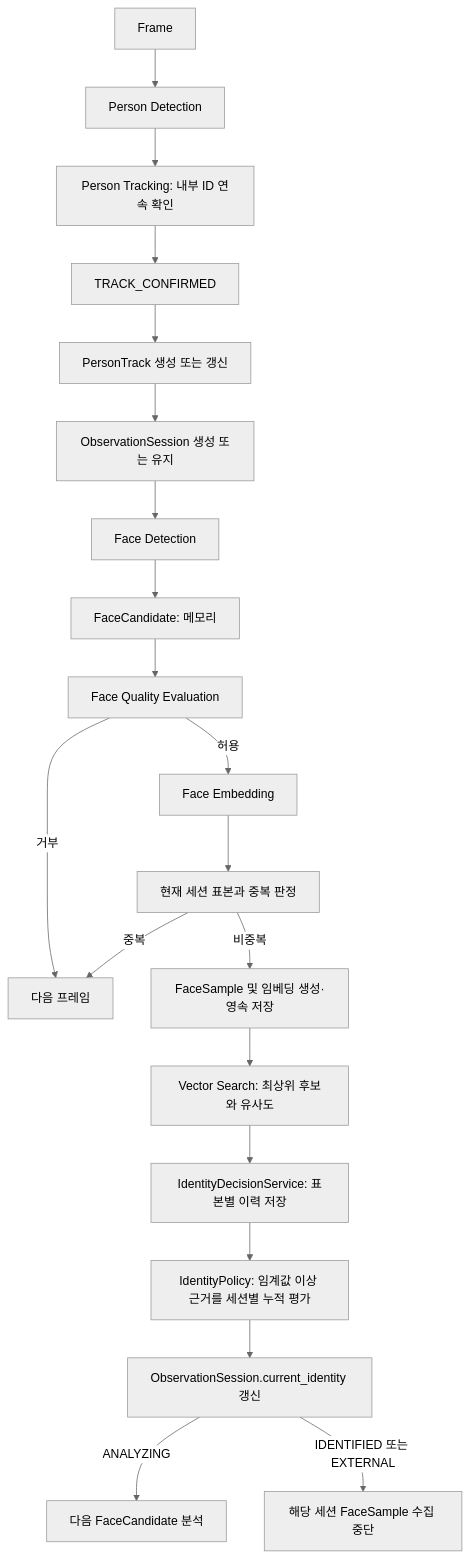
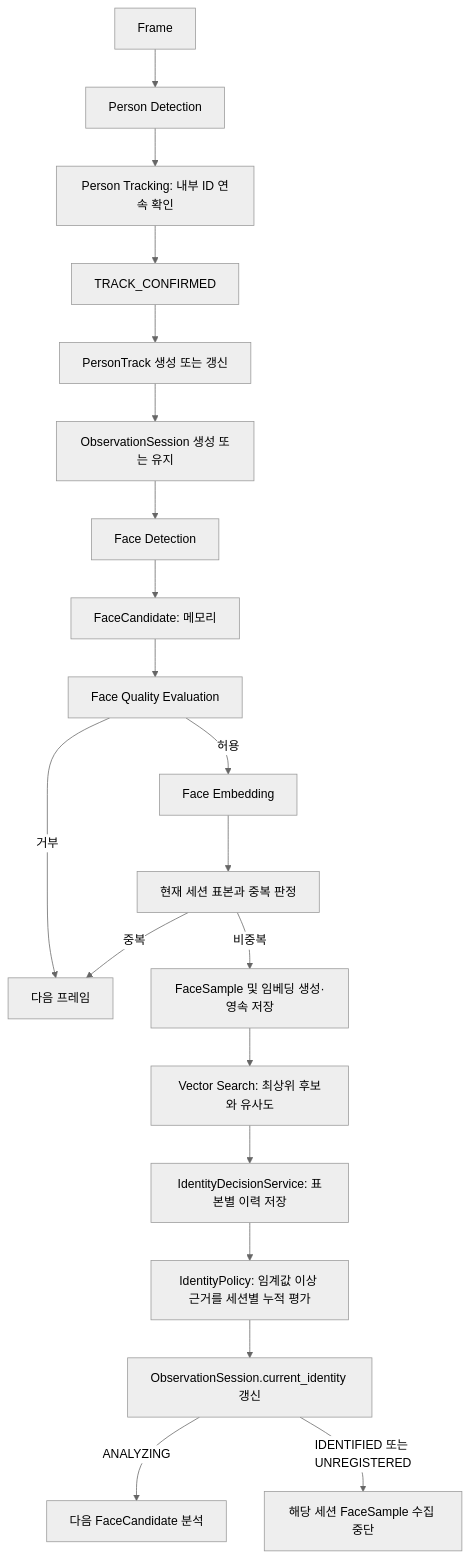
The first of 3 diagrams in docs/processing-flow.md (Macfa/local-face-recognition), drawn with Mermaid (neutral theme) before and after one commit. The commit also changed other lines of this file and 4 other files, not shown here.

````diff
--- a/docs/processing-flow.md
+++ b/docs/processing-flow.md
@@ -5,22 +5,22 @@
 ```mermaid
 flowchart TD
     F[Frame] --> D[Person Detection]
     D --> T[Person Tracking: 내부 ID 연속 확인]
     T --> P[TRACK_CONFIRMED]
     P --> PT[PersonTrack 생성 또는 갱신]
     PT --> S[ObservationSession 생성 또는 유지]
     S --> FD[Face Detection]
     FD --> FC[FaceCandidate: 메모리]
     FC --> Q[Face Quality Evaluation]
     Q -->|허용| E[Face Embedding]
     Q -->|거부| N[다음 프레임]
     E --> DU[현재 세션 표본과 중복 판정]
     DU -->|비중복| PS[FaceSample 및 임베딩 생성·영속 저장]
     DU -->|중복| N
     PS --> VS[Vector Search: 최상위 후보와 유사도]
     VS --> ID[IdentityDecisionService: 표본별 이력 저장]
     ID --> POL[IdentityPolicy: 임계값 이상 근거를 세션별 누적 평가]
     POL --> CI[ObservationSession.current_identity 갱신]
     CI -->|ANALYZING| NEXT[다음 FaceCandidate 분석]
-    CI -->|IDENTIFIED 또는 EXTERNAL| STOP[해당 세션 FaceSample 수집 중단]
+    CI -->|IDENTIFIED 또는 UNREGISTERED| STOP[해당 세션 FaceSample 수집 중단]
 ```
````
